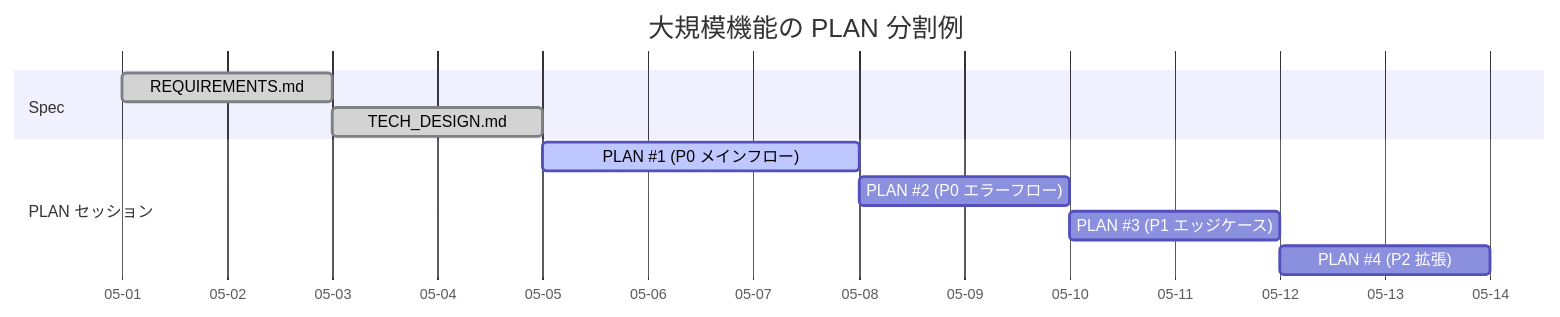
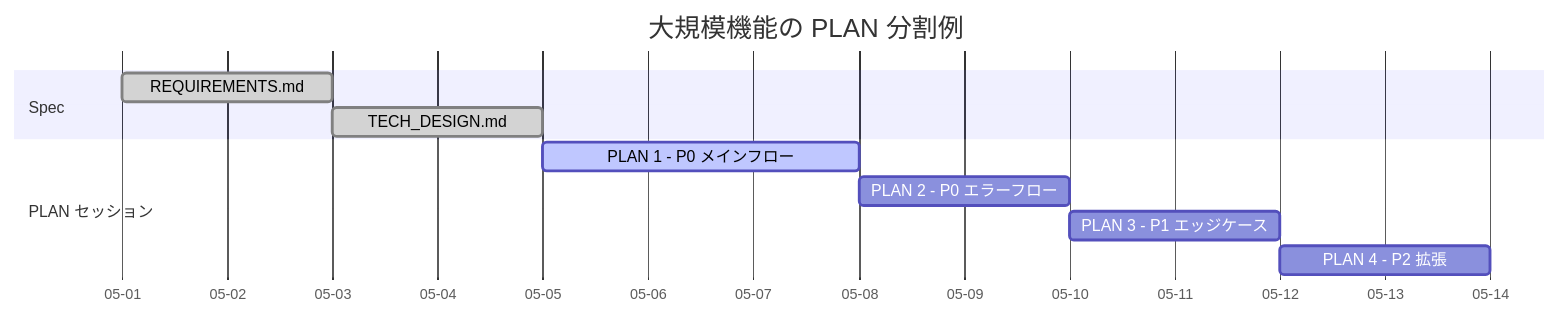
Before and after one commit to careerchain-ys/stdd: the fourth of 5 diagrams in packages/core/docs/workflow-diagram.md, drawn with Mermaid. The commit also changed other lines of this file and 4 other files, not shown here.

First line of the commit message:
fix: workflow-diagram の Mermaid parse error 修正 + stdd-vs-tdd-vs-bdd.md 削除

````diff
--- a/packages/core/docs/workflow-diagram.md
+++ b/packages/core/docs/workflow-diagram.md
@@ -110,16 +110,16 @@
 ```mermaid
 gantt
     title 大規模機能の PLAN 分割例
     dateFormat YYYY-MM-DD
     axisFormat %m-%d
 
     section Spec
     REQUIREMENTS.md          :done, req1, 2026-05-01, 2d
     TECH_DESIGN.md           :done, tech1, after req1, 2d
 
     section PLAN セッション
-    PLAN #1 (P0 メインフロー) :active, p1, 2026-05-05, 3d
-    PLAN #2 (P0 エラーフロー) :p2, after p1, 2d
-    PLAN #3 (P1 エッジケース) :p3, after p2, 2d
-    PLAN #4 (P2 拡張)         :p4, after p3, 2d
+    PLAN 1 - P0 メインフロー  :active, p1, 2026-05-05, 3d
+    PLAN 2 - P0 エラーフロー  :p2, after p1, 2d
+    PLAN 3 - P1 エッジケース  :p3, after p2, 2d
+    PLAN 4 - P2 拡張          :p4, after p3, 2d
 ```
````
